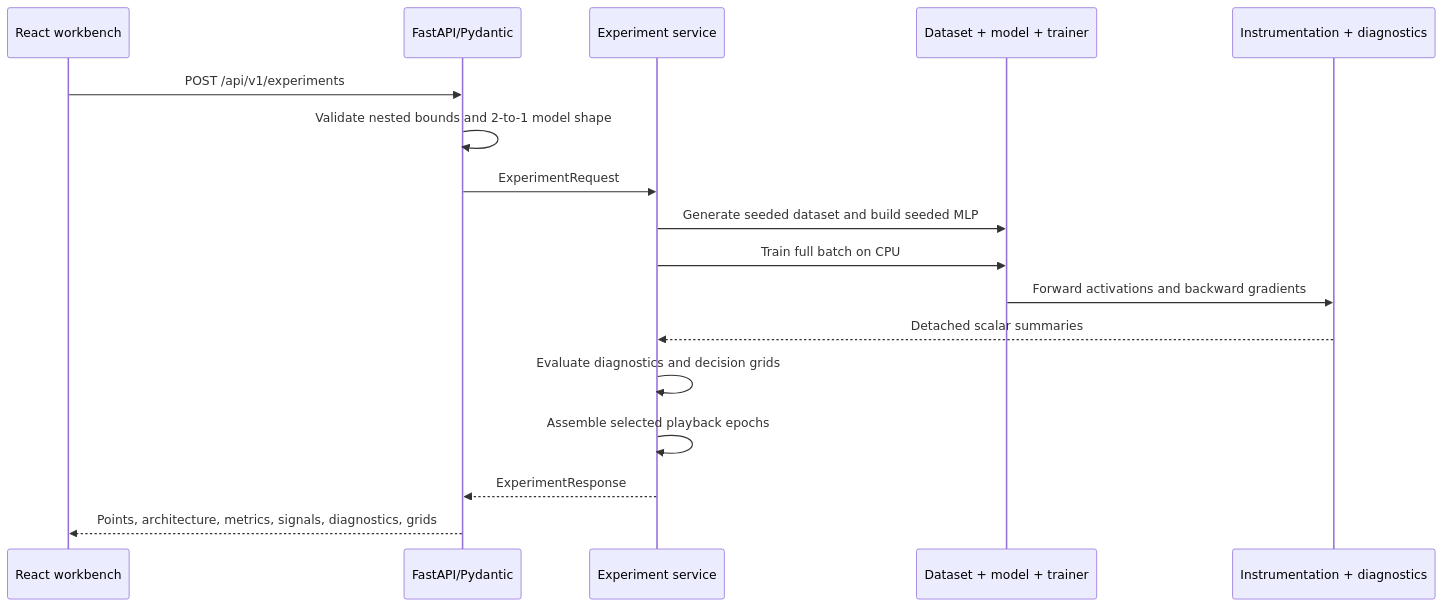
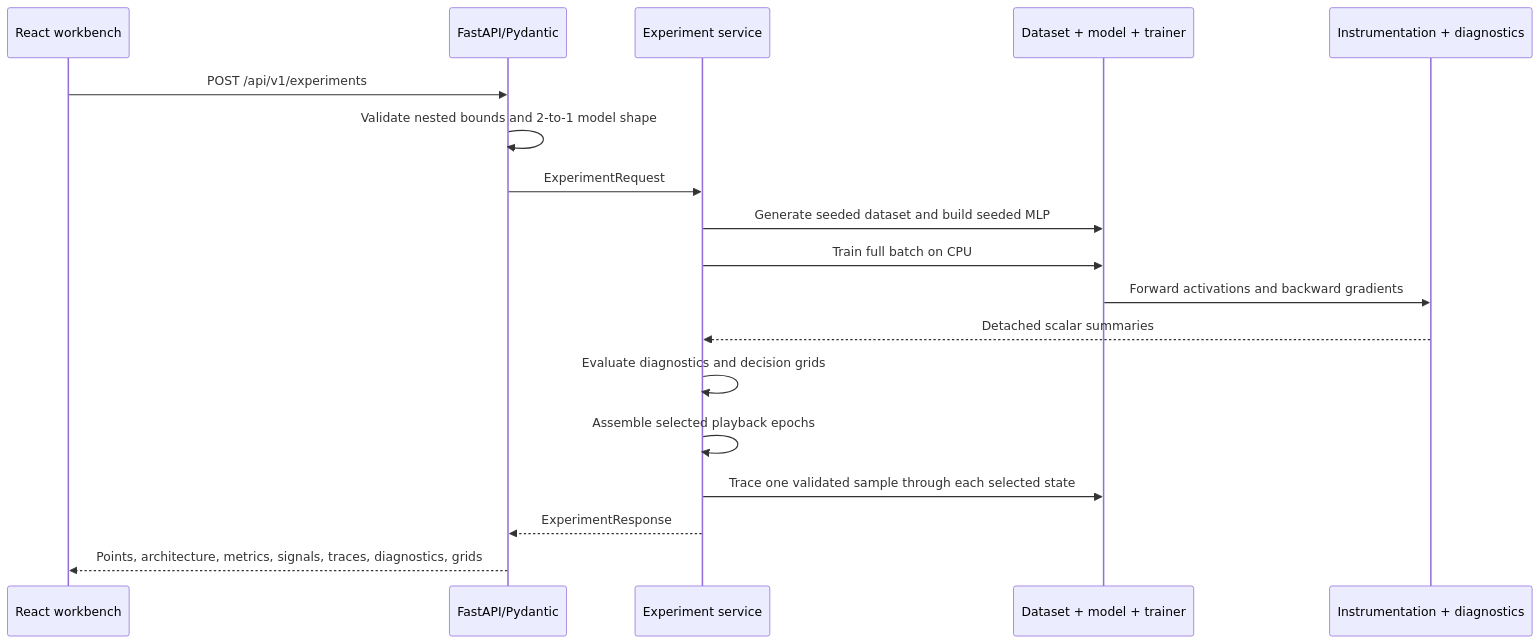
Before and after one commit to ompatelz/NeuronScope: the second of 2 diagrams in docs/architecture.md, drawn with Mermaid. The commit also changed other lines of this file and 20 other files, not shown here.

````diff
--- a/docs/architecture.md
+++ b/docs/architecture.md
@@ -41,20 +41,21 @@
 ```mermaid
 sequenceDiagram
     participant UI as React workbench
     participant API as FastAPI/Pydantic
     participant SVC as Experiment service
     participant ML as Dataset + model + trainer
     participant OBS as Instrumentation + diagnostics
 
     UI->>API: POST /api/v1/experiments
     API->>API: Validate nested bounds and 2-to-1 model shape
     API->>SVC: ExperimentRequest
     SVC->>ML: Generate seeded dataset and build seeded MLP
     SVC->>ML: Train full batch on CPU
     ML->>OBS: Forward activations and backward gradients
     OBS-->>SVC: Detached scalar summaries
     SVC->>SVC: Evaluate diagnostics and decision grids
     SVC->>SVC: Assemble selected playback epochs
+    SVC->>ML: Trace one validated sample through each selected state
     SVC-->>API: ExperimentResponse
-    API-->>UI: Points, architecture, metrics, signals, diagnostics, grids
+    API-->>UI: Points, architecture, metrics, signals, traces, diagnostics, grids
 ```
````
